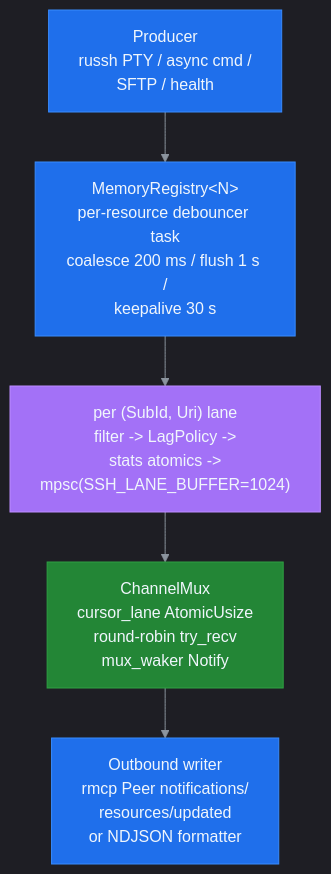
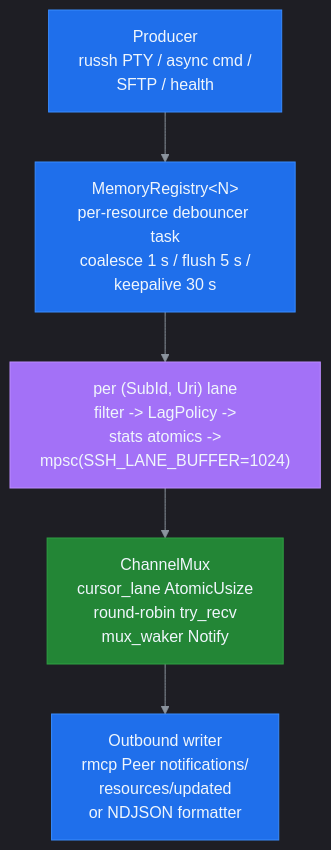
Before and after one commit to farchanjo/ssh-mcp: the tenth of 10 diagrams in docs/ARCHITECTURE.md, drawn with Mermaid. The commit also changed other lines of this file and 5 other files, not shown here.

````diff
--- a/docs/ARCHITECTURE.md
+++ b/docs/ARCHITECTURE.md
@@ -675,20 +675,20 @@
 ```mermaid
 %%{init: {'theme':'dark','themeVariables':{'primaryColor':'#1f6feb','primaryTextColor':'#f0f6fc','primaryBorderColor':'#388bfd','lineColor':'#8b949e','secondaryColor':'#161b22','tertiaryColor':'#21262d','background':'#0d1117','mainBkg':'#161b22','secondBkg':'#21262d','tertiaryBkg':'#0d1117','nodeTextColor':'#f0f6fc','edgeLabelBackground':'#21262d','clusterBkg':'#161b22','clusterBorder':'#30363d','titleColor':'#f0f6fc'}}}%%
 flowchart TB
     P1["Producer<br/>russh PTY / async cmd /<br/>SFTP / health"]
-    P2["MemoryRegistry&lt;N&gt;<br/>per-resource debouncer task<br/>coalesce 200 ms / flush 1 s /<br/>keepalive 30 s"]
+    P2["MemoryRegistry&lt;N&gt;<br/>per-resource debouncer task<br/>coalesce 1 s / flush 5 s /<br/>keepalive 30 s"]
     P3["per (SubId, Uri) lane<br/>filter -> LagPolicy -><br/>stats atomics -><br/>mpsc(SSH_LANE_BUFFER=1024)"]
     P4["ChannelMux<br/>cursor_lane AtomicUsize<br/>round-robin try_recv<br/>mux_waker Notify"]
     P5["Outbound writer<br/>rmcp Peer notifications/<br/>resources/updated<br/>or NDJSON formatter"]
 
     P1 --> P2
     P2 --> P3
     P3 --> P4
     P4 --> P5
 
     style P1 fill:#1f6feb,color:#f0f6fc,stroke:#388bfd
     style P2 fill:#1f6feb,color:#f0f6fc,stroke:#388bfd
     style P3 fill:#a371f7,color:#f0f6fc,stroke:#bc8cff
     style P4 fill:#238636,color:#f0f6fc,stroke:#2ea043
     style P5 fill:#1f6feb,color:#f0f6fc,stroke:#388bfd
 ```
````
